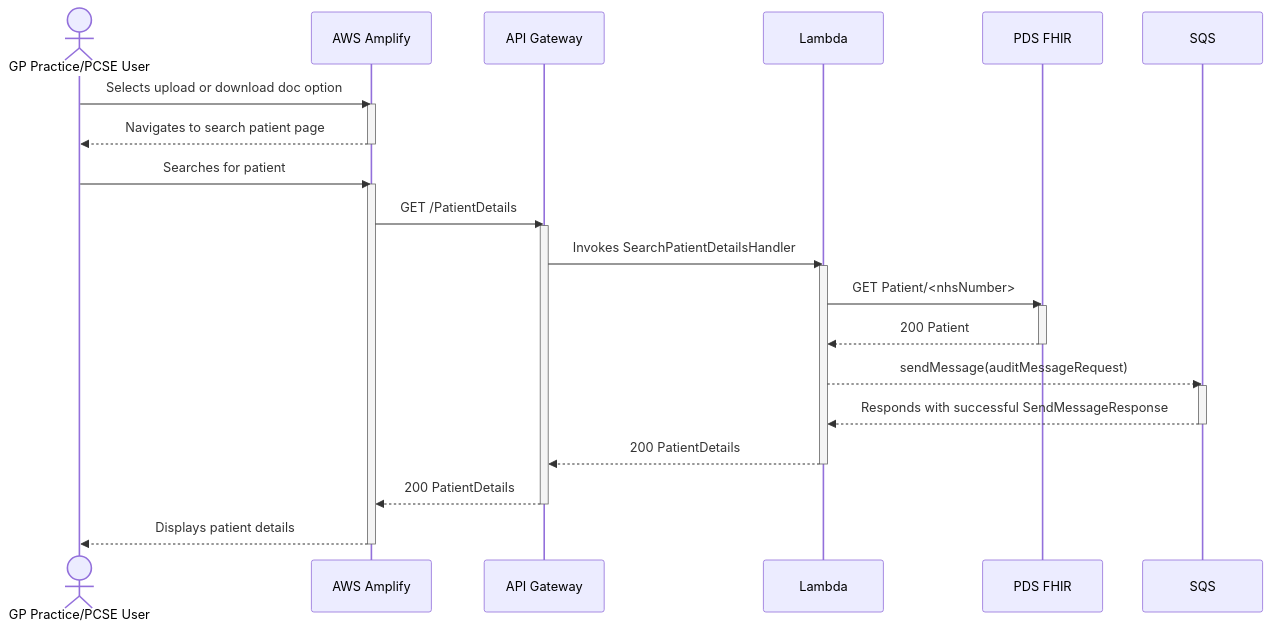
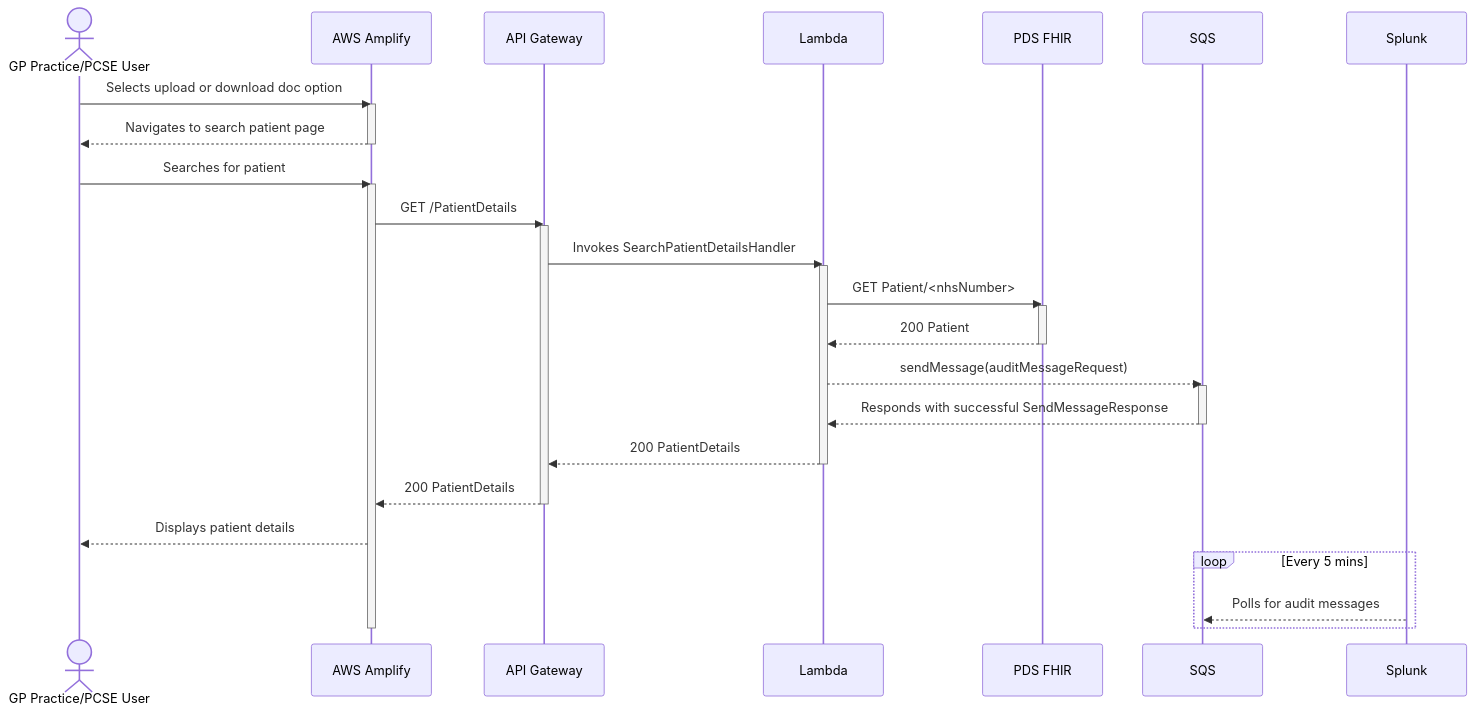
One commit to nhsconnect/document-store-prototype changed the diagram in documentation/diagrams/sequence/search-patient-details.md. Above: the diagram before and after it, drawn with Mermaid. The commit also changed 1 other file, not shown here.

Commit message:
[DOC] Add Splunk polling to search-patient-details.md

````diff
--- a/documentation/diagrams/sequence/search-patient-details.md
+++ b/documentation/diagrams/sequence/search-patient-details.md
@@ -7,28 +7,31 @@
 ```mermaid
 sequenceDiagram
     actor GP Practice/PCSE User
     GP Practice/PCSE User->>AWS Amplify: Selects upload or download doc option
     activate AWS Amplify
     AWS Amplify-->>GP Practice/PCSE User: Navigates to search patient page
     deactivate AWS Amplify
     GP Practice/PCSE User->>AWS Amplify: Searches for patient
     activate AWS Amplify
     AWS Amplify->>API Gateway: GET /PatientDetails
     activate API Gateway
     API Gateway->>Lambda: Invokes SearchPatientDetailsHandler
     activate Lambda
     Lambda->>PDS FHIR: GET Patient/<nhsNumber>
     activate PDS FHIR
     PDS FHIR-->>Lambda: 200 Patient
     deactivate PDS FHIR
     Lambda-->>SQS: sendMessage(auditMessageRequest)
     activate SQS
     SQS-->>Lambda: Responds with successful SendMessageResponse
     deactivate SQS
     Lambda-->>API Gateway: 200 PatientDetails
     deactivate Lambda
     API Gateway-->>AWS Amplify: 200 PatientDetails
     deactivate API Gateway
     AWS Amplify-->>GP Practice/PCSE User: Displays patient details
+    loop Every 5 mins
+        Splunk-->>SQS: Polls for audit messages
+    end
     deactivate AWS Amplify
 ```
````
